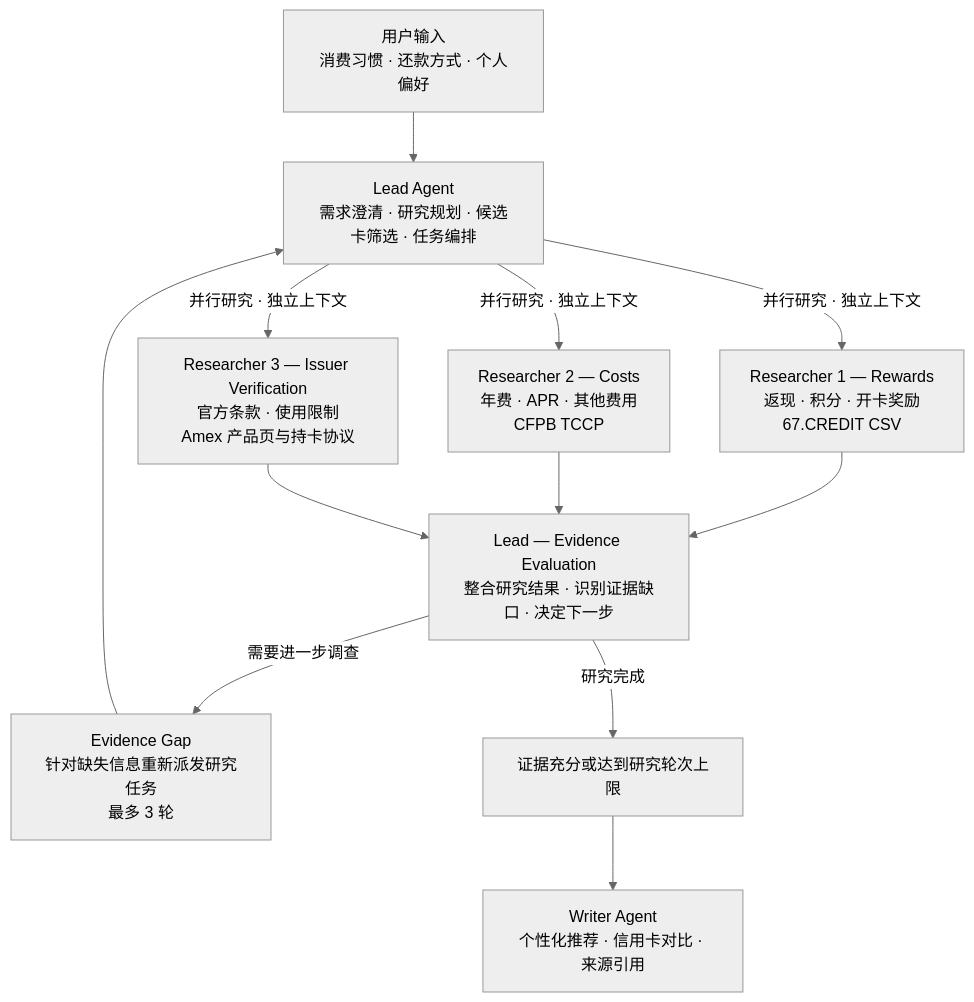
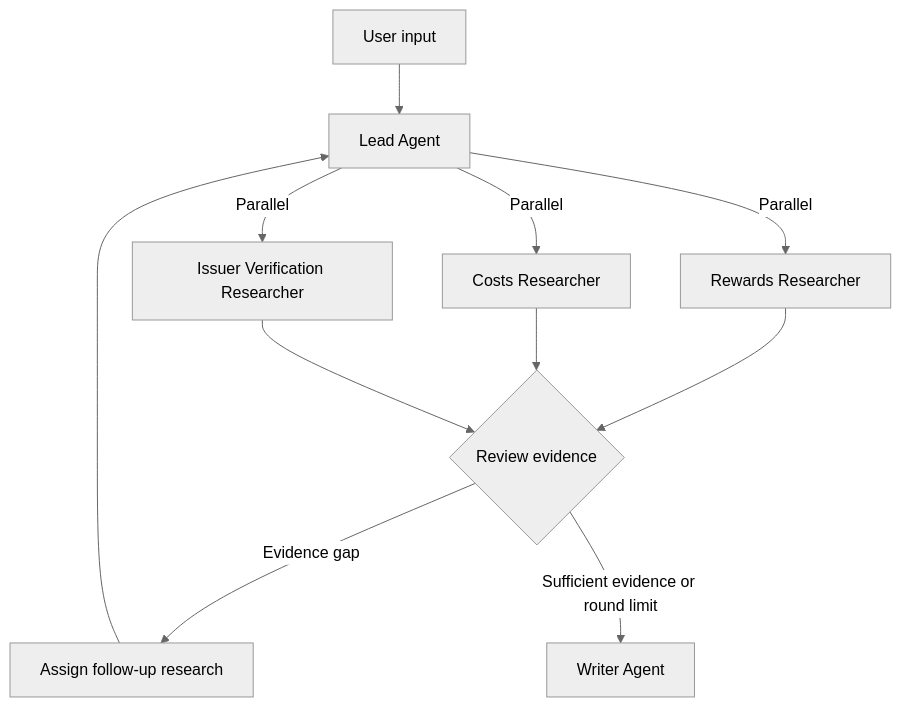
One commit to HL121/Project-2-A-Data-Exploration-Agent changed the diagram in README.md. Above: the diagram before and after it, drawn with Mermaid (neutral theme). The commit also changed other lines of this file, not shown here.

````diff
--- a/README.md
+++ b/README.md
@@ -98,33 +99,13 @@
 ```mermaid
 flowchart TD
-    U["用户输入<br/>消费习惯 · 还款方式 · 个人偏好"]
-
-    L["Lead Agent<br/>需求澄清 · 研究规划 · 候选卡筛选 · 任务编排"]
-
-    R1["Researcher 1 — Rewards<br/>返现 · 积分 · 开卡奖励<br/>67.CREDIT CSV"]
-    R2["Researcher 2 — Costs<br/>年费 · APR · 其他费用<br/>CFPB TCCP"]
-    R3["Researcher 3 — Issuer Verification<br/>官方条款 · 使用限制<br/>Amex 产品页与持卡协议"]
-
-    E["Lead — Evidence Evaluation<br/>整合研究结果 · 识别证据缺口 · 决定下一步"]
-
-    G["Evidence Gap<br/>针对缺失信息重新派发研究任务<br/>最多 3 轮"]
-    S["证据充分或达到研究轮次上限"]
-
-    W["Writer Agent<br/>个性化推荐 · 信用卡对比 · 来源引用"]
-
-    U --> L
-
-    L -->|并行研究 · 独立上下文| R1
-    L -->|并行研究 · 独立上下文| R2
-    L -->|并行研究 · 独立上下文| R3
-
-    R1 --> E
+    U["User input"] --> L["Lead Agent"]
+    L -->|Parallel| R1["Rewards Researcher"]
+    L -->|Parallel| R2["Costs Researcher"]
+    L -->|Parallel| R3["Issuer Verification Researcher"]
+    R1 --> E{"Review evidence"}
     R2 --> E
     R3 --> E
-
-    E -->|需要进一步调查| G
+    E -->|Evidence gap| G["Assign follow-up research"]
     G --> L
-
-    E -->|研究完成| S
-    S --> W
+    E -->|Sufficient evidence or round limit| W["Writer Agent"]
 ```
````
